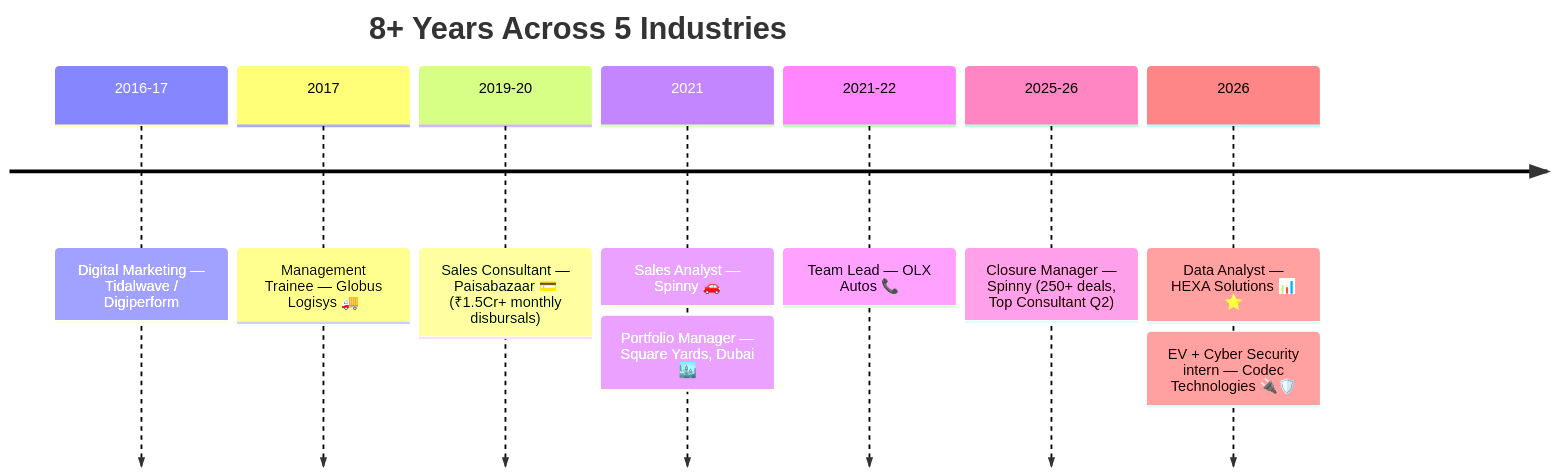
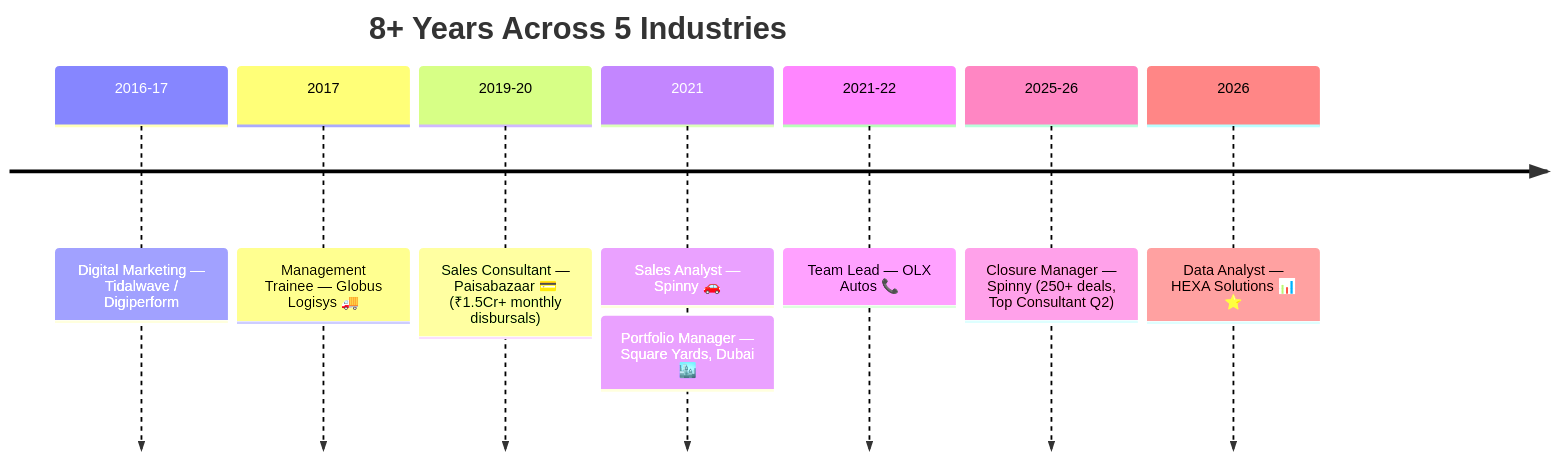
The diagram in README_Dashboard.md (Eswar5313/Eswar5313), drawn with Mermaid before and after one commit. The commit also changed other lines of this file, not shown here.

````diff
--- a/README_Dashboard.md
+++ b/README_Dashboard.md
@@ -182,11 +180,11 @@
 ```mermaid
 timeline
     title 8+ Years Across 5 Industries
     2016-17 : Digital Marketing — Tidalwave / Digiperform
     2017 : Management Trainee — Globus Logisys 🚚
     2019-20 : Sales Consultant — Paisabazaar 💳 (₹1.5Cr+ monthly disbursals)
     2021 : Sales Analyst — Spinny 🚗 : Portfolio Manager — Square Yards, Dubai 🏙️
     2021-22 : Team Lead — OLX Autos 📞
     2025-26 : Closure Manager — Spinny (250+ deals, Top Consultant Q2)
-    2026 : Data Analyst — HEXA Solutions 📊 ⭐ : EV + Cyber Security intern — Codec Technologies 🔌🛡️
+    2026 : Data Analyst — HEXA Solutions 📊 ⭐
 ```
````
